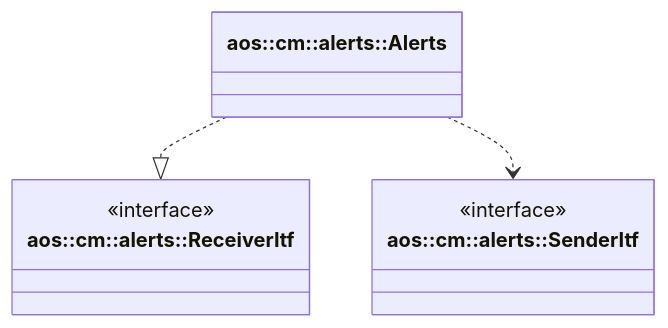
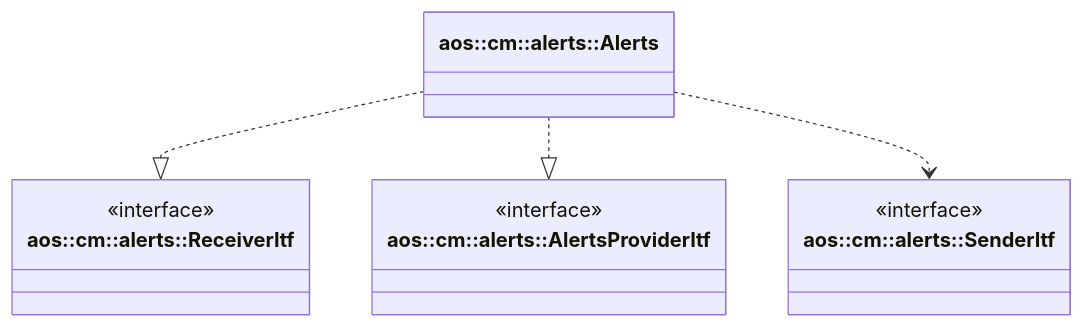
One commit to aosedge/aos_core_lib_cpp changed the diagram in src/core/cm/alerts/alerts.md. Above: the diagram before and after it, drawn with Mermaid. The commit also changed other lines of this file and 4 other files, not shown here.

````diff
--- a/src/core/cm/alerts/alerts.md
+++ b/src/core/cm/alerts/alerts.md
@@ -13,17 +14,22 @@
 ```mermaid
 classDiagram
     class Alerts ["aos::cm::alerts::Alerts"] {
     }
 
     class ReceiverItf ["aos::cm::alerts::ReceiverItf"] {
         <<interface>>
     }
 
     class SenderItf ["aos::cm::alerts::SenderItf"] {
         <<interface>>
     }
 
+    class AlertsProviderItf ["aos::cm::alerts::AlertsProviderItf"] {
+        <<interface>>
+    }
+
     Alerts ..|> ReceiverItf
+    Alerts ..|> AlertsProviderItf
 
     Alerts ..> SenderItf
 ```
````
